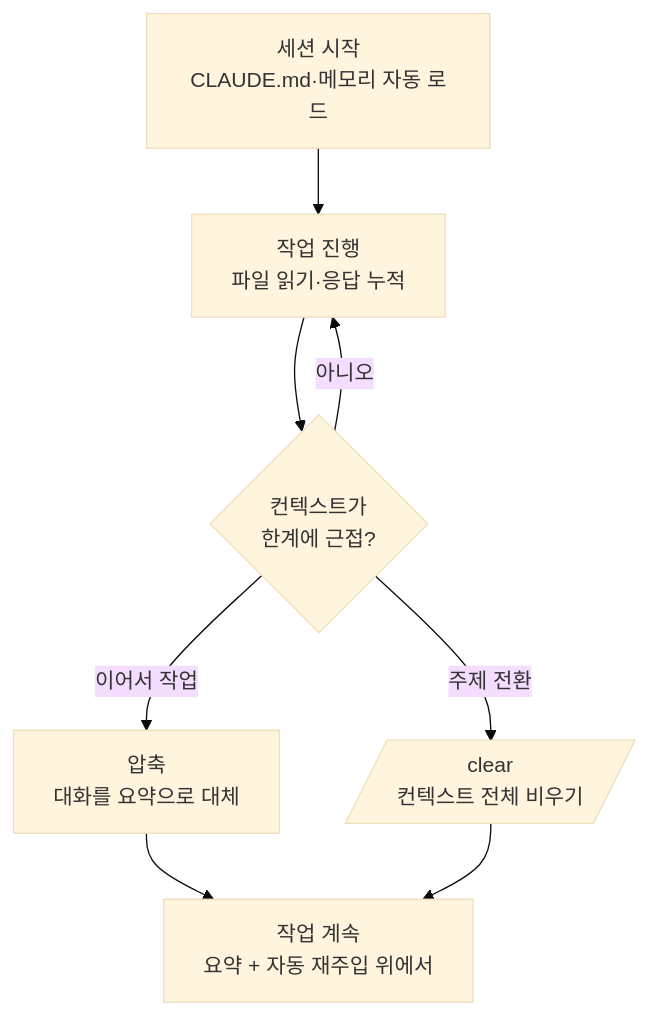
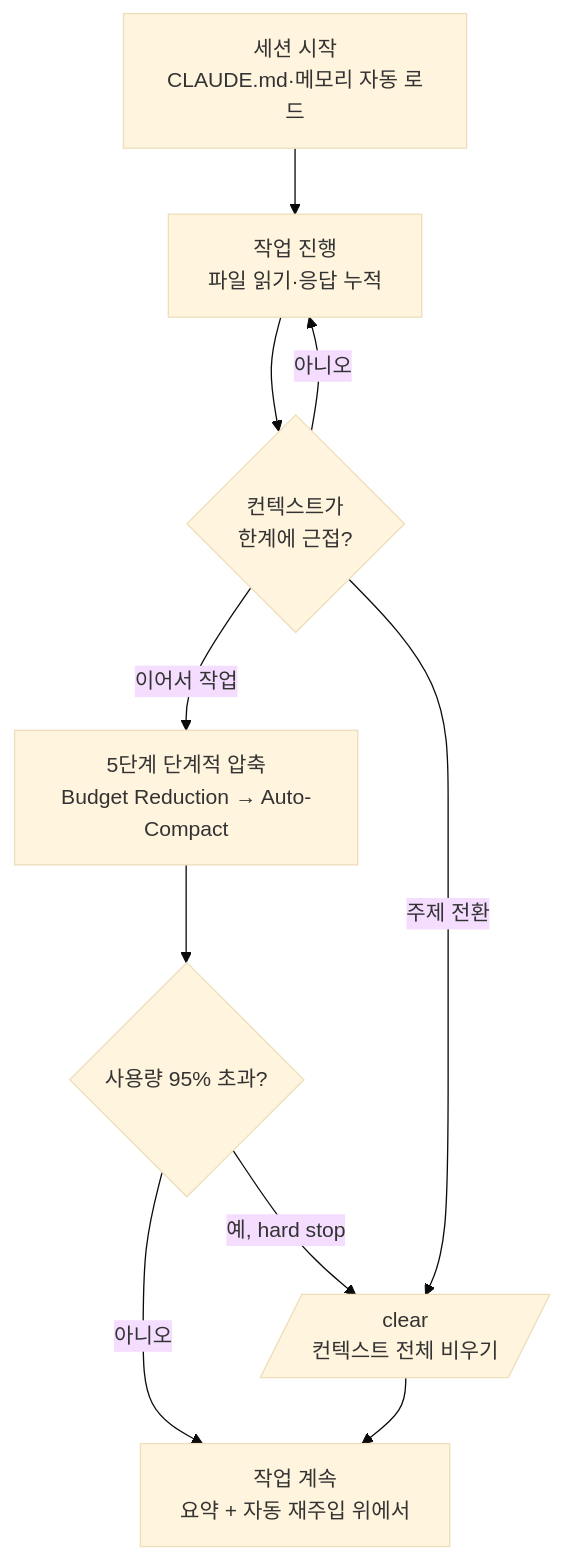
One commit to modu-ai/moai-adk changed the diagram in docs-site/content/ko/claude-code/context-memory/context-window.md. Above: the diagram before and after it, drawn with Mermaid (base theme). The commit also changed other lines of this file and 5 other files, not shown here.

````diff
--- a/docs-site/content/ko/claude-code/context-memory/context-window.md
+++ b/docs-site/content/ko/claude-code/context-memory/context-window.md
@@ -99,10 +111,12 @@
 ```mermaid
 flowchart TD
     A[세션 시작<br>CLAUDE.md·메모리 자동 로드] --> B[작업 진행<br>파일 읽기·응답 누적]
     B --> C{컨텍스트가<br>한계에 근접?}
     C -->|아니오| B
-    C -->|이어서 작업| D[압축<br>대화를 요약으로 대체]
+    C -->|이어서 작업| D[5단계 단계적 압축<br>Budget Reduction → Auto-Compact]
     C -->|주제 전환| E[/clear<br>컨텍스트 전체 비우기/]
-    D --> F[작업 계속<br>요약 + 자동 재주입 위에서]
-    E --> F
+    D --> F{사용량 95% 초과?}
+    F -->|아니오| G[작업 계속<br>요약 + 자동 재주입 위에서]
+    F -->|예, hard stop| E
+    E --> G
 ```
````
